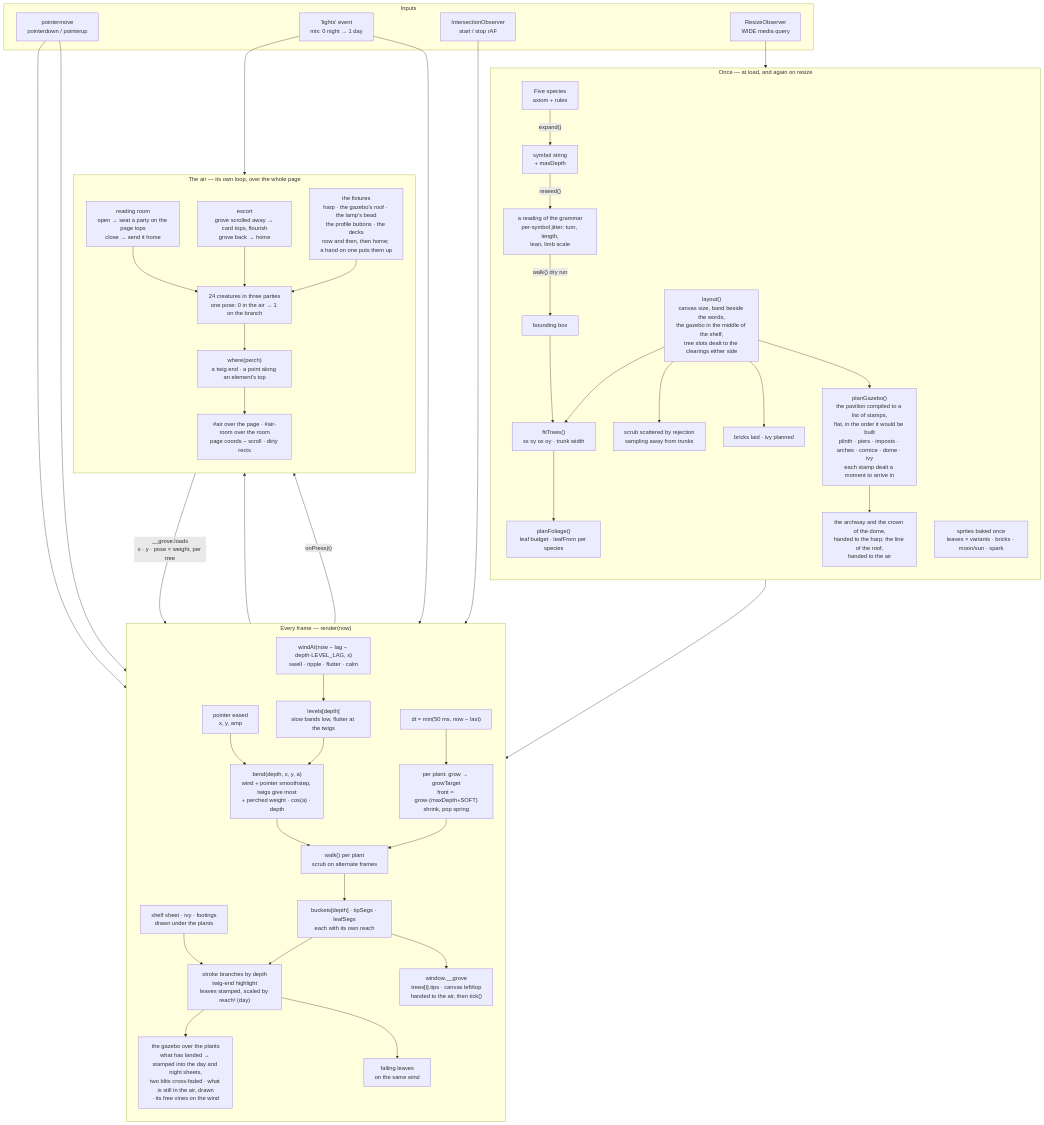
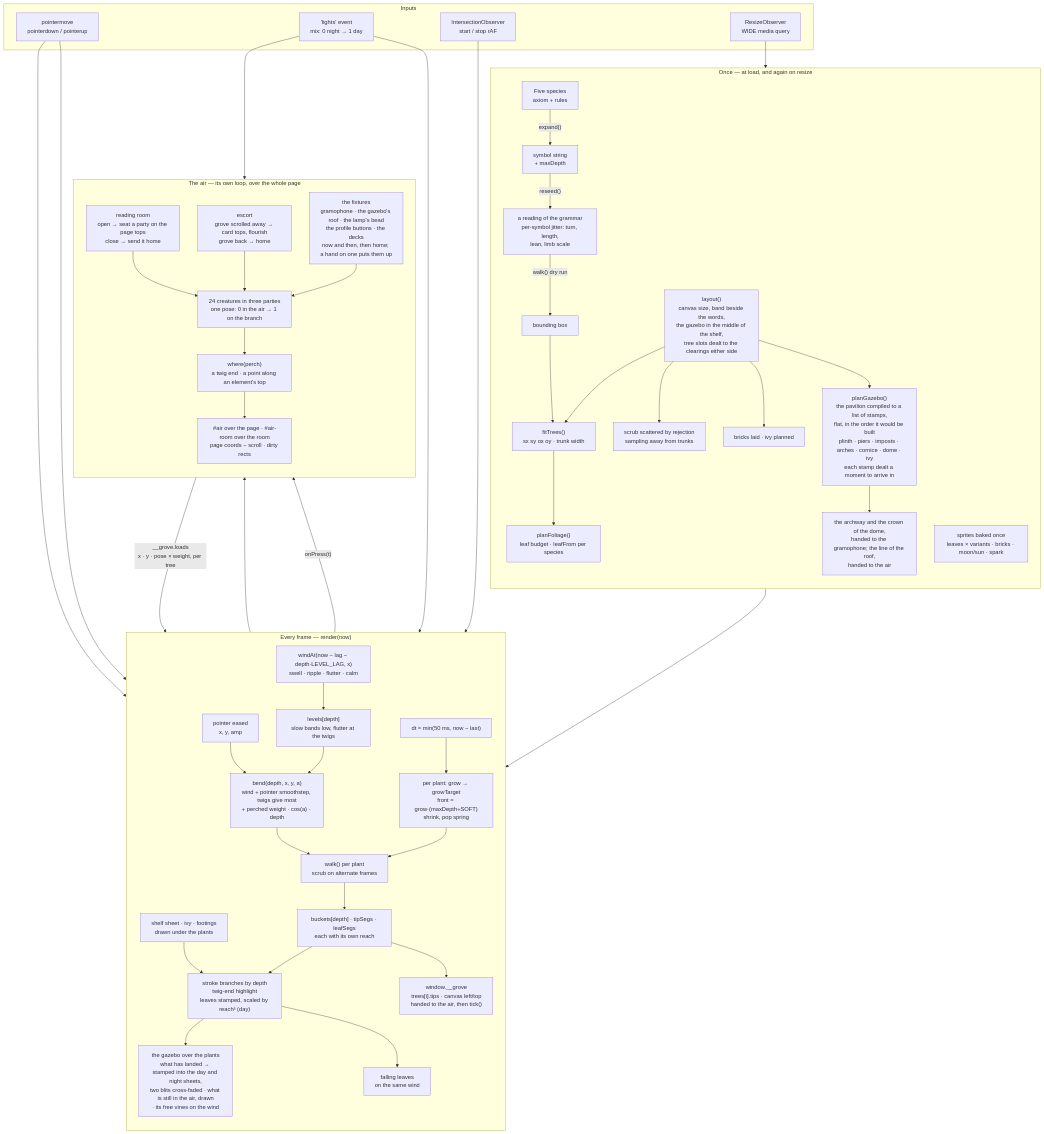
Before and after one commit to NeoVand/NeoVand.github.io: the first of 2 diagrams in README.md, drawn with Mermaid. The commit also changed other lines of this file and 5 other files, not shown here.

````diff
--- a/README.md
+++ b/README.md
@@ -402,60 +402,60 @@
 ```mermaid
 flowchart TB
   subgraph once["Once — at load, and again on resize"]
     direction TB
     G["Five species<br/>axiom + rules"] -->|"expand()"| S["symbol string<br/>+ maxDepth"]
     S -->|"reseed()"| J["a reading of the grammar<br/>per-symbol jitter: turn, length,<br/>lean, limb scale"]
     J -->|"walk() dry run"| BB["bounding box"]
     LY["layout()<br/>canvas size, band beside the words,<br/>the gazebo in the middle of the shelf,<br/>tree slots dealt to the clearings either side"] --> FT
     BB --> FT["fitTrees()<br/>sx sy ox oy · trunk width"]
     FT --> PF["planFoliage()<br/>leaf budget · leafFrom per species"]
     LY --> SC["scrub scattered by rejection<br/>sampling away from trunks"]
     LY --> BR["bricks laid · ivy planned"]
     LY --> GZ["planGazebo()<br/>the pavilion compiled to a list of stamps,<br/>flat, in the order it would be built<br/>plinth · piers · imposts · arches · cornice · dome · ivy<br/>each stamp dealt a moment to arrive in"]
-    GZ --> HP["the archway and the crown of the dome,<br/>handed to the harp; the line of the roof,<br/>handed to the air"]
+    GZ --> HP["the archway and the crown of the dome,<br/>handed to the gramophone; the line of the roof,<br/>handed to the air"]
     SP["sprites baked once<br/>leaves × variants · bricks · moon/sun · spark"]
   end
 
   subgraph inputs["Inputs"]
     PTR["pointermove<br/>pointerdown / pointerup"]
     LT["'lights' event<br/>mix: 0 night → 1 day"]
     VIS["IntersectionObserver<br/>start / stop rAF"]
     RS["ResizeObserver<br/>WIDE media query"]
   end
 
   subgraph frame["Every frame — render(now)"]
     direction TB
     DT["dt = min(50 ms, now − last)"] --> GRW
     GRW["per plant: grow → growTarget<br/>front = grow·(maxDepth+SOFT)<br/>shrink, pop spring"] --> WK
     WD["windAt(now − lag − depth·LEVEL_LAG, x)<br/>swell · ripple · flutter · calm"] --> LV["levels[depth]<br/>slow bands low, flutter at the twigs"]
     LV --> BEND["bend(depth, x, y, a)<br/>wind + pointer smoothstep, twigs give most<br/>+ perched weight · cos(a) · depth"]
     PE["pointer eased<br/>x, y, amp"] --> BEND
     BEND --> WK["walk() per plant<br/>scrub on alternate frames"]
     WK --> SEG["buckets[depth] · tipSegs · leafSegs<br/>each with its own reach"]
     SEG --> DRAW["stroke branches by depth<br/>twig-end highlight<br/>leaves stamped, scaled by reach³ (day)"]
     SEG --> EXP["window.__grove<br/>trees[i].tips · canvas left/top<br/>handed to the air, then tick()"]
     SHF["shelf sheet · ivy · footings<br/>drawn under the plants"] --> DRAW
     DRAW --> GZD["the gazebo over the plants<br/>what has landed → stamped into the day and night sheets,<br/>two blits cross-faded · what is still in the air, drawn<br/>· its free vines on the wind"]
     DRAW --> FALL["falling leaves<br/>on the same wind"]
   end
 
   subgraph air["The air — its own loop, over the whole page"]
     direction TB
     FLK["24 creatures in three parties<br/>one pose: 0 in the air → 1 on the branch"] --> WHERE["where(perch)<br/>a twig end · a point along an element's top"]
     WHERE --> SHEETS["#air over the page · #air-room over the room<br/>page coords − scroll · dirty rects"]
     RM["reading room<br/>open → seat a party on the page tops<br/>close → send it home"] --> FLK
     ESC["escort<br/>grove scrolled away → card tops, flourish<br/>grove back → home"] --> FLK
-    RAD["the fixtures<br/>harp · the gazebo's roof · the lamp's bead<br/>the profile buttons · the decks<br/>now and then, then home; a hand on one puts them up"] --> FLK
+    RAD["the fixtures<br/>gramophone · the gazebo's roof · the lamp's bead<br/>the profile buttons · the decks<br/>now and then, then home; a hand on one puts them up"] --> FLK
   end
 
   PTR --> PE
   PTR --> GRW
   LT --> DRAW
   LT --> FLK
   RS --> LY
   VIS --> frame
   once --> frame
   EXP --> WHERE
   GRW -->|"onPress(t)"| FLK
   FLK -->|"__grove.loads<br/>x · y · pose × weight, per tree"| BEND
 ```
````
